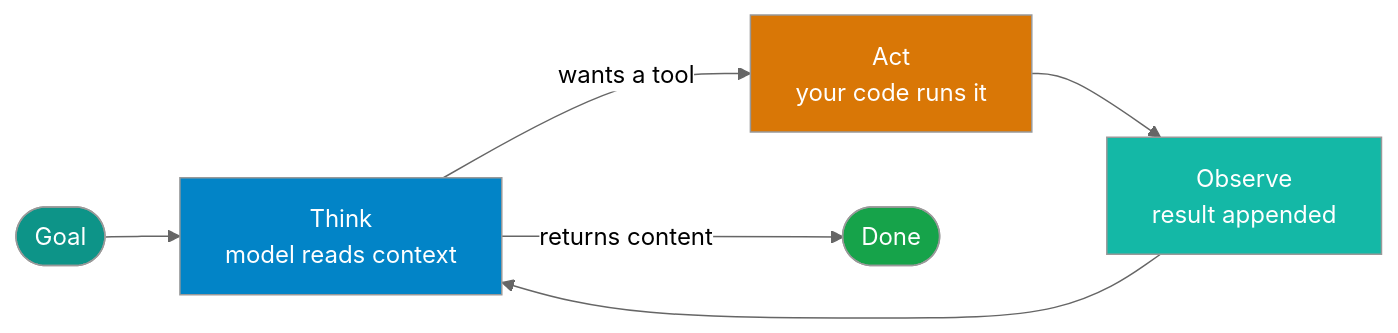
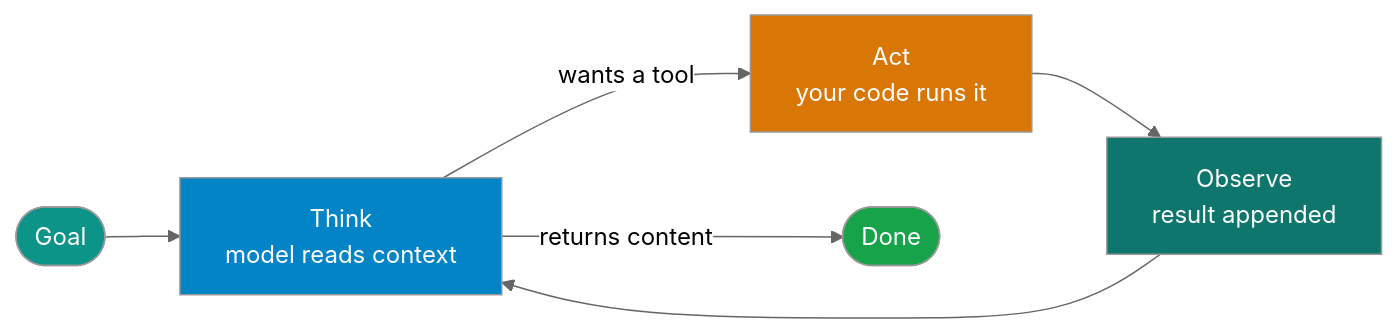
Before and after one commit to nitin27may/ai-resources: the diagram in docs/02-agents/the-agent-loop.md, drawn with Mermaid (neutral theme). The commit also changed other lines of this file and 84 other files, not shown here.

````diff
--- a/docs/02-agents/the-agent-loop.md
+++ b/docs/02-agents/the-agent-loop.md
@@ -40,14 +44,14 @@
 ```mermaid
 flowchart LR
     A([Goal]):::primary --> T[Think<br/>model reads context]:::processing
     T -->|wants a tool| X[Act<br/>your code runs it]:::warning
     X --> O[Observe<br/>result appended]:::storage
     O --> T
     T -->|returns content| D([Done]):::success
 
     classDef primary fill:#0d9488,color:#fff
     classDef processing fill:#0284c7,color:#fff
-    classDef storage fill:#14b8a6,color:#fff
+    classDef storage fill:#0f766e,color:#fff
     classDef warning fill:#d97706,color:#fff
     classDef success fill:#16a34a,color:#fff
 ```
````
